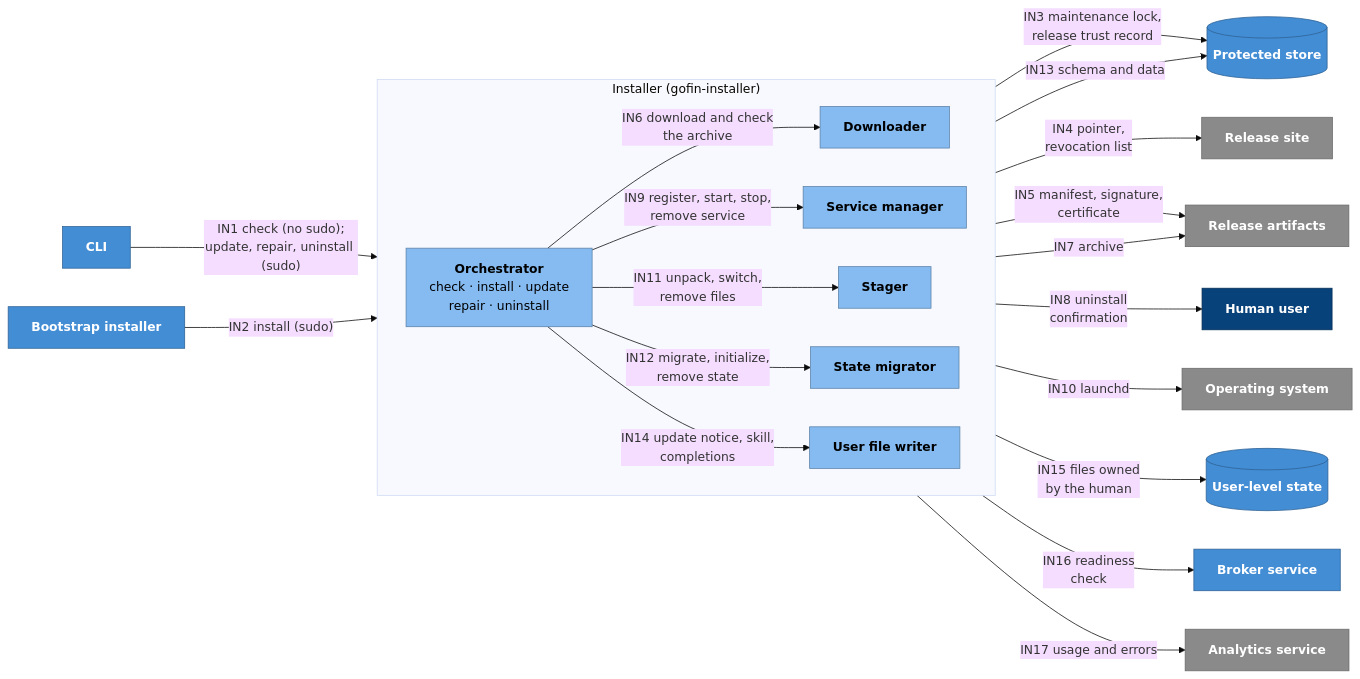
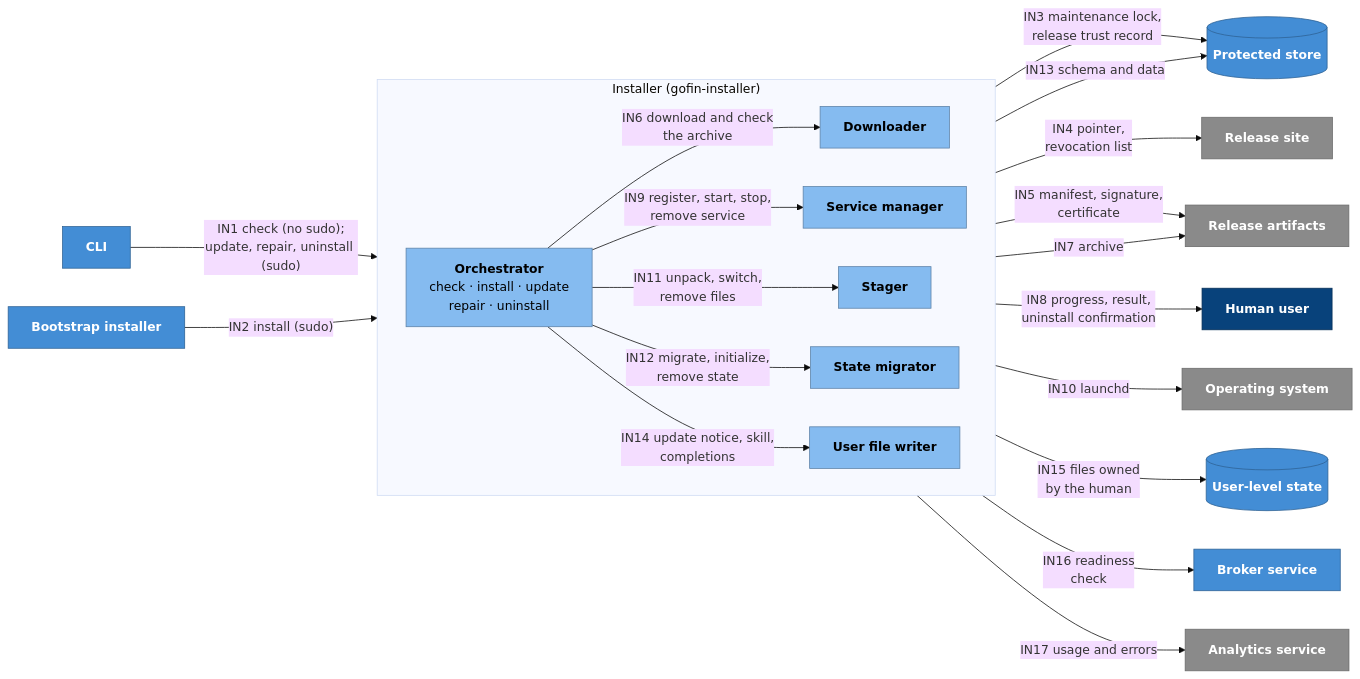
Before and after one commit to LimeChain/gofin-cli: the first of 6 diagrams in docs/architecture/03-components-installer.md, drawn with Mermaid (base theme). The commit also changed other lines of this file and 10 other files, not shown here.

First line of the commit message:
Add CLI components and intents library architecture

````diff
--- a/docs/architecture/03-components-installer.md
+++ b/docs/architecture/03-components-installer.md
@@ -10,47 +10,47 @@
 ```mermaid
 flowchart LR
   classDef container fill:#438dd5,stroke:#2e6295,color:#ffffff
   classDef component fill:#85bbf0,stroke:#5d82a8,color:#000000
   classDef external fill:#8a8a8a,stroke:#6b6b6b,color:#ffffff
   classDef person fill:#08427b,stroke:#052e56,color:#ffffff
 
   cli["<b>CLI</b>"]:::container
   bootstrap["<b>Bootstrap installer</b>"]:::container
   human["<b>Human user</b>"]:::person
 
   subgraph installer["Installer (gofin-installer)"]
     direction LR
     in_orchestrator["<b>Orchestrator</b><br/>check · install · update<br/>repair · uninstall"]:::component
     in_downloader["<b>Downloader</b>"]:::component
     in_stager["<b>Stager</b>"]:::component
     in_service_manager["<b>Service manager</b>"]:::component
     in_migrator["<b>State migrator</b>"]:::component
     in_user_writer["<b>User file writer</b>"]:::component
   end
 
   release_site["<b>Release site</b>"]:::external
   release_artifacts["<b>Release artifacts</b>"]:::external
   store[("<b>Protected store</b>")]:::container
   broker["<b>Broker service</b>"]:::container
   user_state[("<b>User-level state</b>")]:::container
   os["<b>Operating system</b>"]:::external
   analytics["<b>Analytics service</b>"]:::external
 
   cli -- "IN1 check (no sudo);<br/>update, repair, uninstall (sudo)" --> in_orchestrator
   bootstrap -- "IN2 install (sudo)" --> in_orchestrator
   in_orchestrator -- "IN3 maintenance lock,<br/>release trust record" --> store
   in_orchestrator -- "IN4 pointer,<br/>revocation list" --> release_site
   in_orchestrator -- "IN5 manifest, signature,<br/>certificate" --> release_artifacts
   in_orchestrator -- "IN6 download and check<br/>the archive" --> in_downloader
   in_downloader -- "IN7 archive" --> release_artifacts
-  in_orchestrator -- "IN8 uninstall<br/>confirmation" --> human
+  in_orchestrator -- "IN8 progress, result,<br/>uninstall confirmation" --> human
   in_orchestrator -- "IN9 register, start, stop,<br/>remove service" --> in_service_manager
   in_service_manager -- "IN10 launchd" --> os
   in_orchestrator -- "IN11 unpack, switch,<br/>remove files" --> in_stager
   in_orchestrator -- "IN12 migrate, initialize,<br/>remove state" --> in_migrator
   in_migrator -- "IN13 schema and data" --> store
   in_orchestrator -- "IN14 update notice, skill,<br/>completions" --> in_user_writer
   in_user_writer -- "IN15 files owned<br/>by the human" --> user_state
   in_service_manager -- "IN16 readiness<br/>check" --> broker
   in_orchestrator -- "IN17 usage and errors" --> analytics
 ```
````
